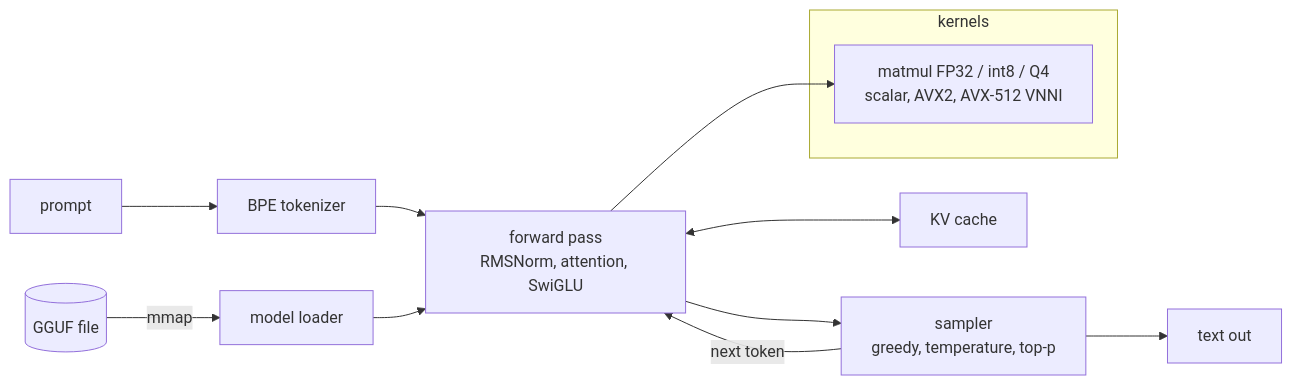
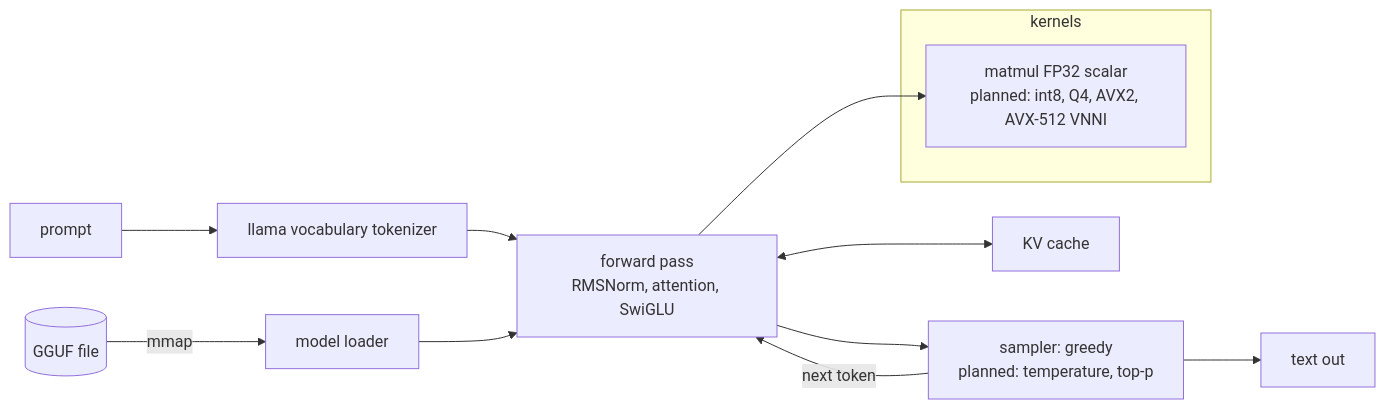
The diagram in README.md (DanielMellen-University/Neuron), drawn with Mermaid before and after one commit. The commit also changed other lines of this file and 3 other files, not shown here.

````diff
--- a/README.md
+++ b/README.md
@@ -57,15 +85,15 @@
 ```mermaid
 flowchart LR
-  P[prompt] --> T[BPE tokenizer]
+  P[prompt] --> T[llama vocabulary tokenizer]
   G[(GGUF file)] -->|mmap| L[model loader]
   T --> F
   L --> F[forward pass<br/>RMSNorm, attention, SwiGLU]
   F <--> K[KV cache]
-  F --> S[sampler<br/>greedy, temperature, top-p]
+  F --> S[sampler: greedy<br/>planned: temperature, top-p]
   S -->|next token| F
   S --> O[text out]
   subgraph kernels
-    M[matmul FP32 / int8 / Q4<br/>scalar, AVX2, AVX-512 VNNI]
+    M[matmul FP32 scalar<br/>planned: int8, Q4, AVX2, AVX-512 VNNI]
   end
   F --> M
 ```
````
